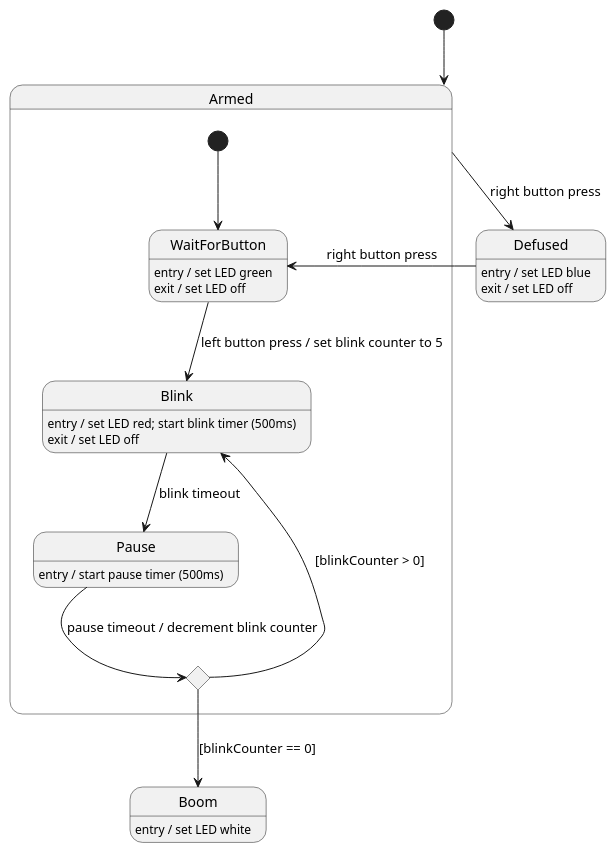
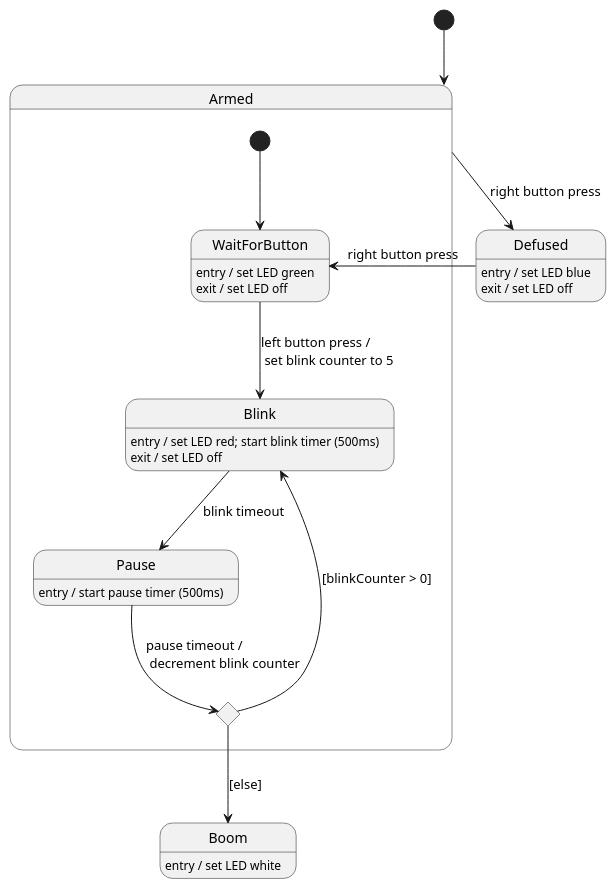
Before and after one commit to alexmarincu/tiva-playground: the diagram in src/app/time_bomb/time-bomb-state-diagram.puml, drawn with PlantUML. The commit also changed 4 other files, not shown here.

Commit message:
Update state diagrams

```diff
--- a/src/app/time_bomb/time-bomb-state-diagram.puml
+++ b/src/app/time_bomb/time-bomb-state-diagram.puml
@@ -1,32 +1,32 @@
 @startuml time-bomb-state-diagram
 [*] --> Armed
 state Armed {
     [*] --> WaitForButton
     state WaitForButton {
         WaitForButton : entry / set LED green
         WaitForButton : exit / set LED off
     }
     state Blink {
         Blink : entry / set LED red; start blink timer (500ms)
         Blink : exit / set LED off
     }
     state Pause {
         Pause : entry / start pause timer (500ms)
     }
     state PauseChoice <<choice>>
 }
 state Defused {
     Defused : entry / set LED blue
     Defused : exit / set LED off
 }
 state Boom {
     Boom : entry / set LED white
 }
 Armed --> Defused : right button press
 Defused --> WaitForButton : right button press
-PauseChoice --> Boom : [blinkCounter == 0]
-WaitForButton --> Blink : left button press / set blink counter to 5
+PauseChoice --> Boom : [else]
+WaitForButton --> Blink : left button press / \l set blink counter to 5
 Blink --> Pause : blink timeout
-Pause --> PauseChoice : pause timeout / decrement blink counter
+Pause --> PauseChoice : pause timeout / \l decrement blink counter
 PauseChoice --> Blink : [blinkCounter > 0]
 @enduml
```
